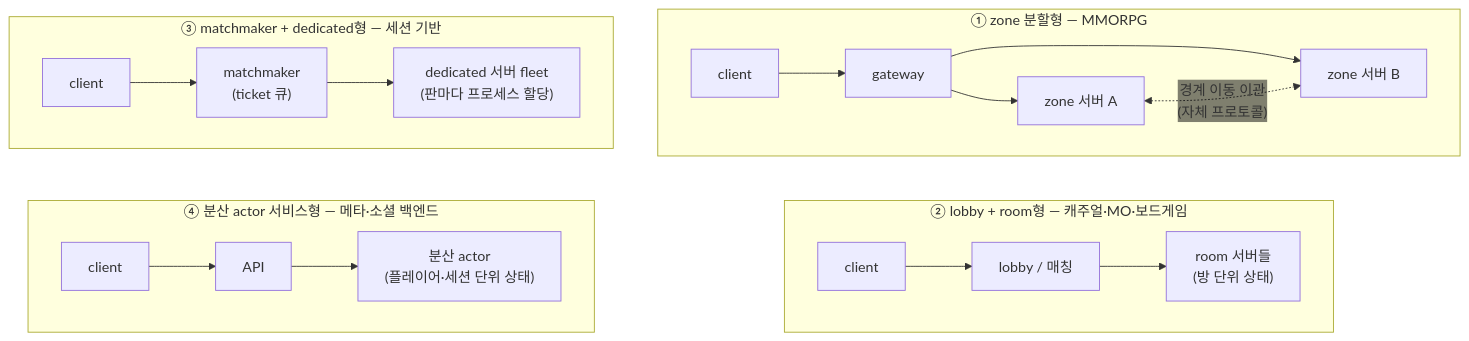
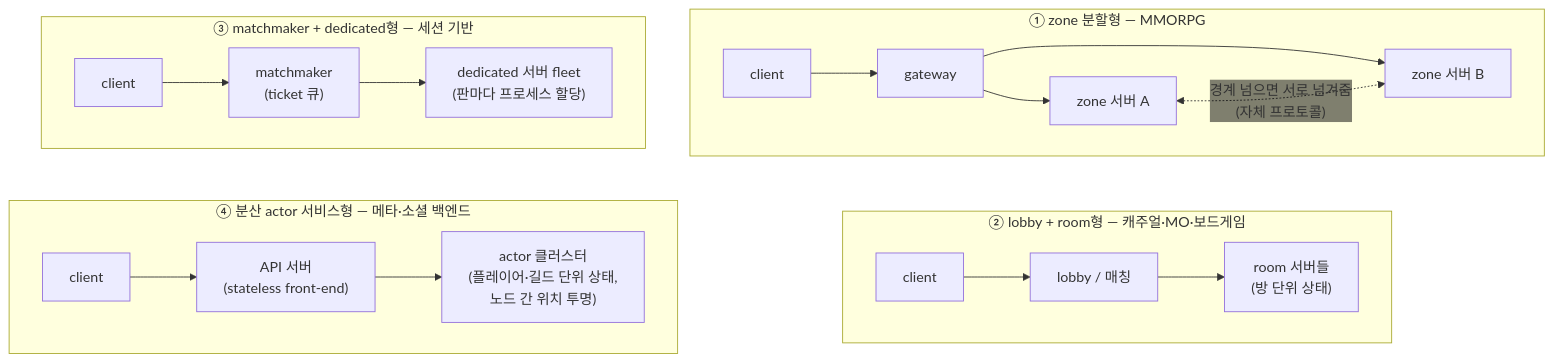
One commit to kairos-code-dev/zlink changed the first of 8 diagrams in framework/doc/framework/dotnet/guide/01-overview.ko.md. Above: the diagram before and after it, drawn with Mermaid. The commit also changed other lines of this file and 64 other files, not shown here.

````diff
--- a/framework/doc/framework/dotnet/guide/01-overview.ko.md
+++ b/framework/doc/framework/dotnet/guide/01-overview.ko.md
@@ -65,24 +65,24 @@
 ```mermaid
 %%{init: {'themeVariables': {'edgeLabelBackground':'transparent'}}}%%
 flowchart TB
   subgraph mmo["① zone 분할형 — MMORPG"]
     direction LR
     C1["client"] --> GW["gateway"] --> Z1["zone 서버 A"]
     GW --> Z2["zone 서버 B"]
-    Z1 <-.->|"경계 이동 이관<br/>(자체 프로토콜)"| Z2
+    Z1 <-.->|"경계 넘으면 서로 넘겨줌<br/>(자체 프로토콜)"| Z2
   end
   subgraph rm["② lobby + room형 — 캐주얼·MO·보드게임"]
     direction LR
     C2["client"] --> LO["lobby / 매칭"] --> R1["room 서버들<br/>(방 단위 상태)"]
   end
   subgraph ded["③ matchmaker + dedicated형 — 세션 기반"]
     direction LR
     C3["client"] --> MM["matchmaker<br/>(ticket 큐)"] --> FL["dedicated 서버 fleet<br/>(판마다 프로세스 할당)"]
   end
   subgraph act["④ 분산 actor 서비스형 — 메타·소셜 백엔드"]
     direction LR
-    C4["client"] --> AP["API"] --> AC["분산 actor<br/>(플레이어·세션 단위 상태)"]
+    C4["client"] --> AP["API 서버<br/>(stateless front-end)"] --> AC["actor 클러스터<br/>(플레이어·길드 단위 상태,<br/>노드 간 위치 투명)"]
   end
   mmo ~~~ rm
   ded ~~~ act
 ```
````
